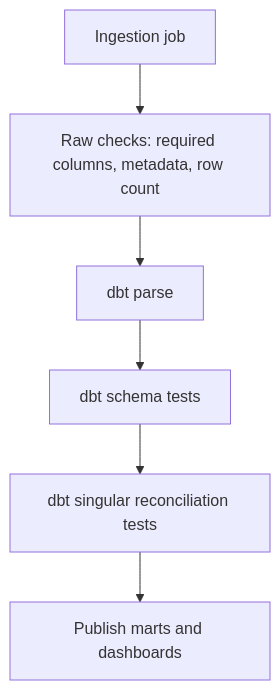
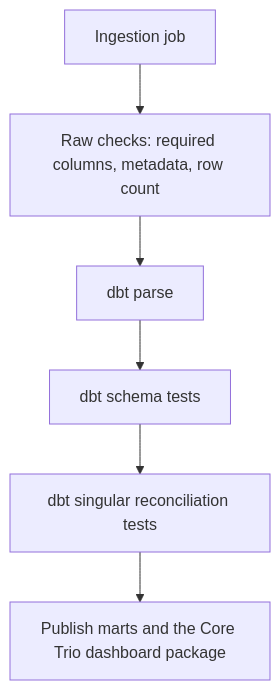
Before and after one commit to cchoooots98/marketplace-analytics-platform: the third of 3 diagrams in docs/architecture.md, drawn with Mermaid. The commit also changed other lines of this file and 47 other files, not shown here.

````diff
--- a/docs/architecture.md
+++ b/docs/architecture.md
@@ -172,15 +179,15 @@
 ```mermaid
 flowchart TB
     ingest["Ingestion job"]
     raw_checks["Raw checks: required columns, metadata, row count"]
     dbt_parse["dbt parse"]
     dbt_tests["dbt schema tests"]
     custom_tests["dbt singular reconciliation tests"]
-    publish["Publish marts and dashboards"]
+    publish["Publish marts and the Core Trio dashboard package"]
 
     ingest --> raw_checks
     raw_checks --> dbt_parse
     dbt_parse --> dbt_tests
     dbt_tests --> custom_tests
     custom_tests --> publish
 ```
````
